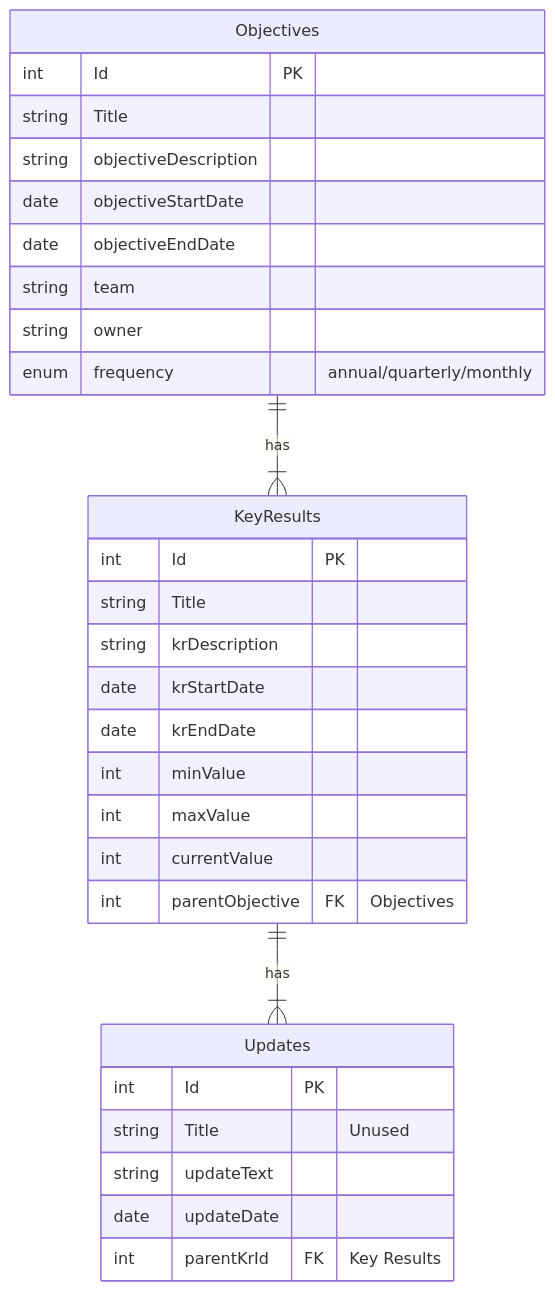
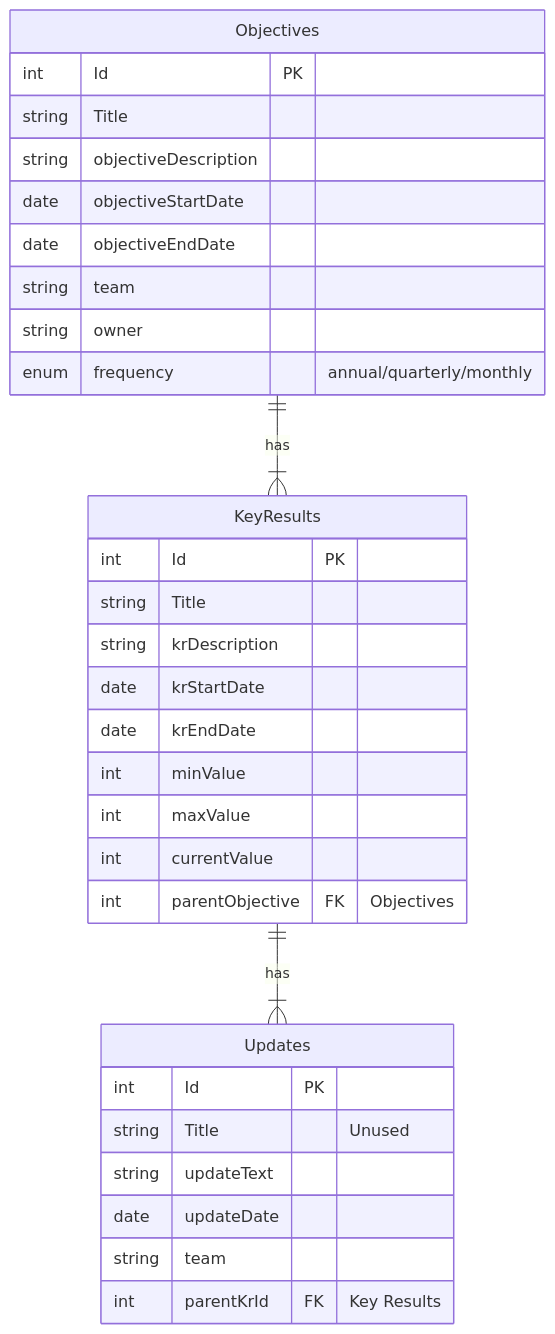
The diagram in README.md (chrischow/rokr), drawn with Mermaid before and after one commit. The commit also changed other lines of this file, not shown here.

````diff
--- a/README.md
+++ b/README.md
@@ -15,33 +15,34 @@
 ```mermaid
 erDiagram
   Objectives ||--|{ KeyResults : has
   KeyResults ||--|{ Updates : has
   Objectives {
     int Id PK
     string Title
     string objectiveDescription
     date objectiveStartDate
     date objectiveEndDate
     string team
     string owner
     enum frequency "annual/quarterly/monthly"
   }
   KeyResults {
     int Id PK
     string Title
     string krDescription
     date krStartDate
     date krEndDate
     int minValue
     int maxValue
     int currentValue
     int parentObjective FK "Objectives"
   }
   Updates {
     int Id PK
     string Title "Unused"
     string updateText
     date updateDate
+    string team
     int parentKrId FK "Key Results"
   }
 ```
````
